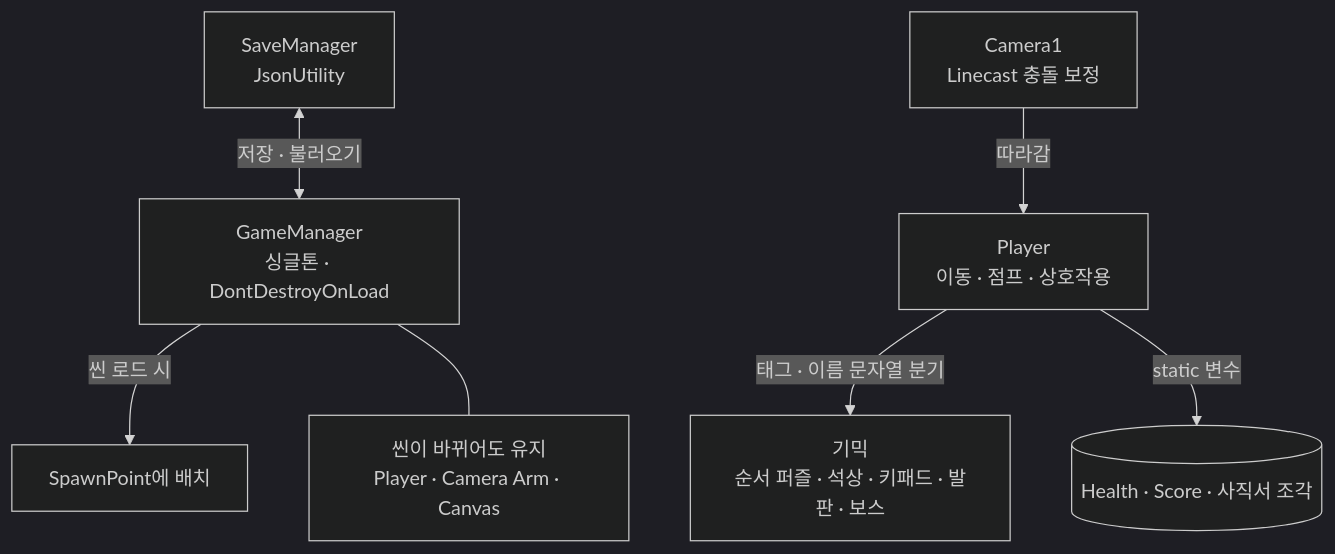
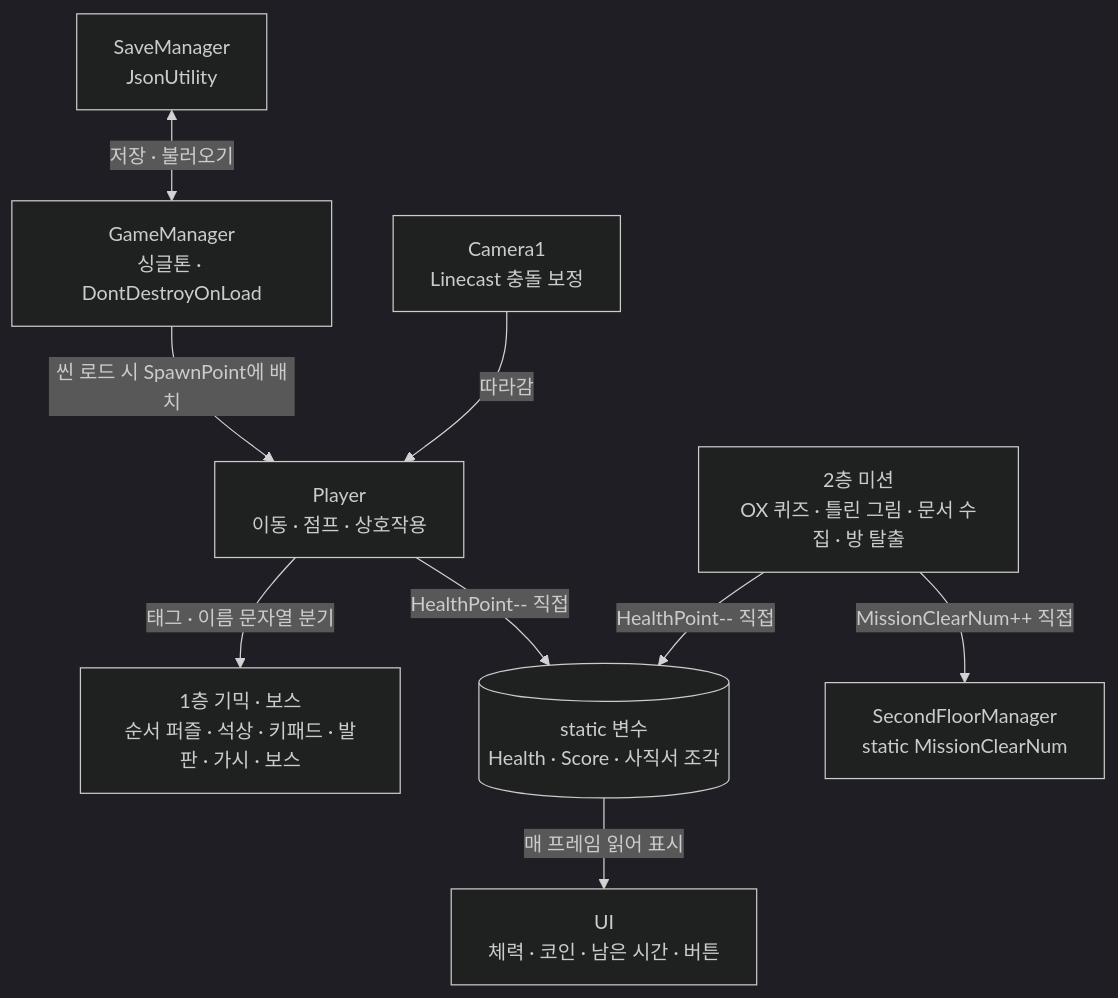
Before and after one commit to tmdrn17/portfolio: the second of 5 diagrams in src/04-jaljayo/기술문서.md, drawn with Mermaid (dark theme). The commit also changed other lines of this file and 16 other files, not shown here.

````diff
--- a/src/04-jaljayo/기술문서.md
+++ b/src/04-jaljayo/기술문서.md
@@ -45,9 +46,11 @@
 ```mermaid
 flowchart TB
-  GM["GameManager<br/>싱글톤 · DontDestroyOnLoad"] -->|씬 로드 시| SP["SpawnPoint에 배치"]
-  GM --- KEEP["씬이 바뀌어도 유지<br/>Player · Camera Arm · Canvas"]
-  SV["SaveManager<br/>JsonUtility"] <-->|저장 · 불러오기| GM
-  CAM["Camera1<br/>Linecast 충돌 보정"] -->|따라감| PL["Player<br/>이동 · 점프 · 상호작용"]
-  PL -->|"태그 · 이름 문자열 분기"| GIM["기믹<br/>순서 퍼즐 · 석상 · 키패드 · 발판 · 보스"]
-  PL -->|static 변수| ST[("Health · Score · 사직서 조각")]
+  SV["SaveManager<br/>JsonUtility"] <-->|저장 · 불러오기| GM["GameManager<br/>싱글톤 · DontDestroyOnLoad"]
+  GM -->|"씬 로드 시 SpawnPoint에 배치"| PL["Player<br/>이동 · 점프 · 상호작용"]
+  CAM["Camera1<br/>Linecast 충돌 보정"] -->|따라감| PL
+  PL -->|"태그 · 이름 문자열 분기"| S1["1층 기믹 · 보스<br/>순서 퍼즐 · 석상 · 키패드 · 발판 · 가시 · 보스"]
+  PL -->|"HealthPoint-- 직접"| ST[("static 변수<br/>Health · Score · 사직서 조각")]
+  F2["2층 미션<br/>OX 퀴즈 · 틀린 그림 · 문서 수집 · 방 탈출"] -->|"HealthPoint-- 직접"| ST
+  F2 -->|"MissionClearNum++ 직접"| SF["SecondFloorManager<br/>static MissionClearNum"]
+  ST -->|매 프레임 읽어 표시| UI["UI<br/>체력 · 코인 · 남은 시간 · 버튼"]
 ```
````
